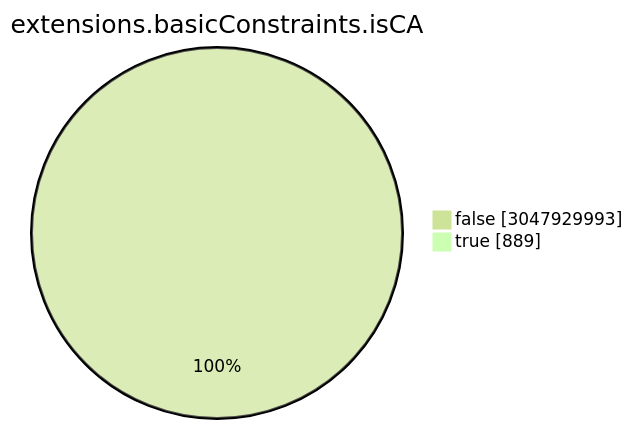
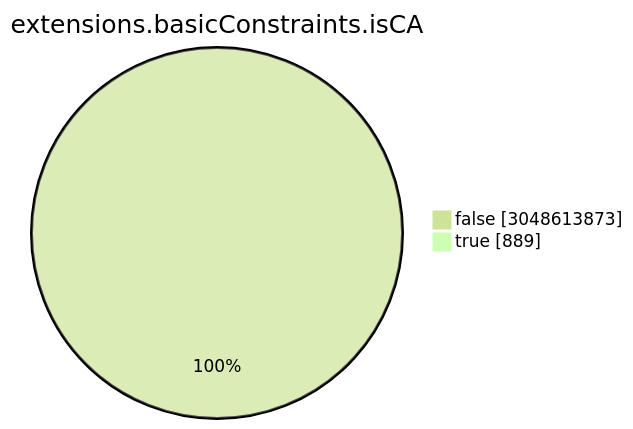
One commit to christiankrug/ctmonitor_visualization changed the seventh of 15 diagrams in TOTAL/README.md. Above: the diagram before and after it, drawn with Mermaid (forest theme). The commit also changed other lines of this file, not shown here.

````diff
--- a/TOTAL/README.md
+++ b/TOTAL/README.md
@@ -3086,6 +3086,6 @@
 ```mermaid
 pie showData
 title extensions.basicConstraints.isCA
-"false" :3047929993
+"false" :3048613873
 "true" :889
 ```
````
